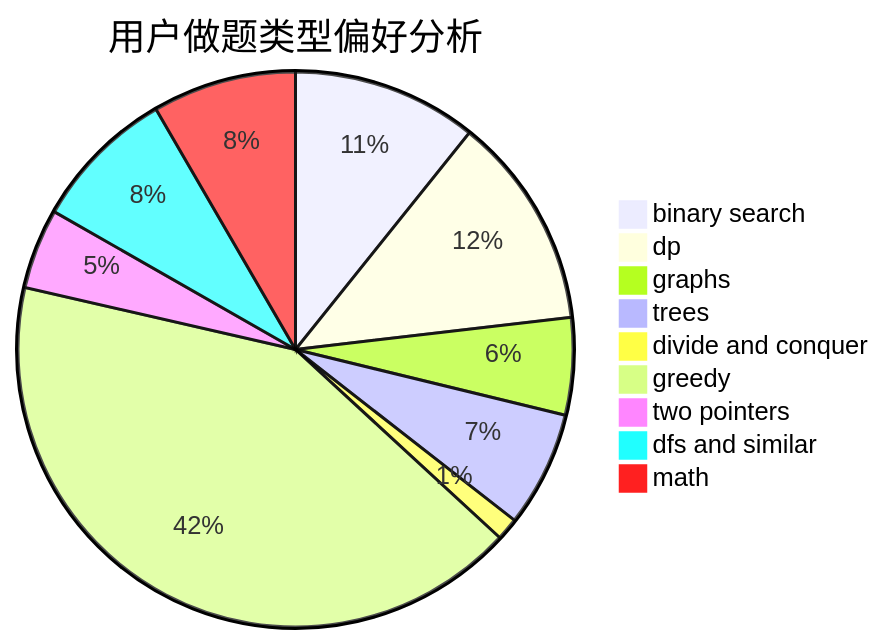
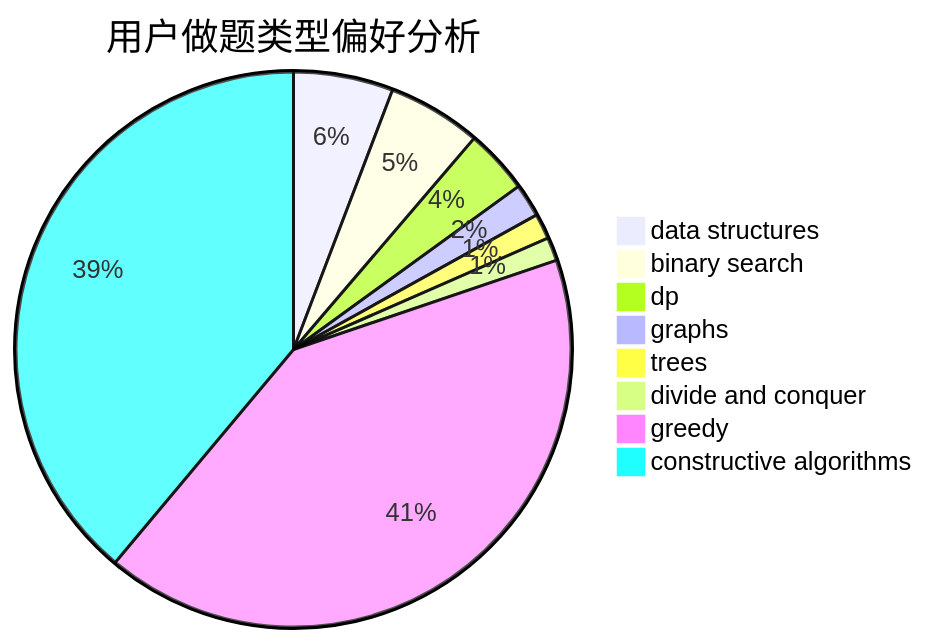
The second of 3 diagrams in docs/user/u850.md (sherpahu/cfrs.github.io), drawn with Mermaid before and after one commit. The commit also changed other lines of this file and 2775 other files, not shown here.

````diff
--- a/docs/user/u850.md
+++ b/docs/user/u850.md
@@ -23,12 +23,11 @@
 ```mermaid
 pie title 用户做题类型偏好分析
-    "binary search" :  99
-    "dp" :  114
-    "graphs" :  52
-    "trees" :  62
+    "data structures" :  51
+    "binary search" :  48
+    "dp" :  33
+    "graphs" :  17
+    "trees" :  13
     "divide and conquer" :  12
-    "greedy" :  384
-    "two pointers" :  43
-    "dfs and similar" :  77
-    "math" :  77
+    "greedy" :  363
+    "constructive algorithms" :  342
 ```
````
